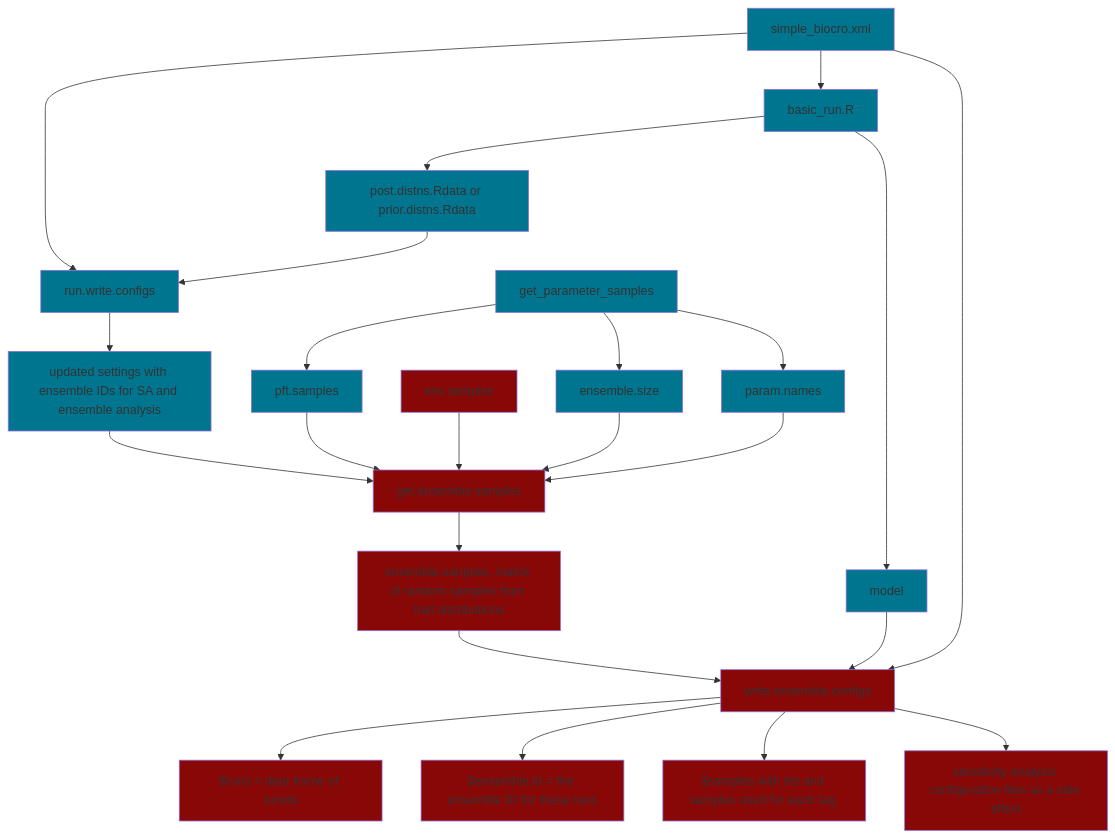
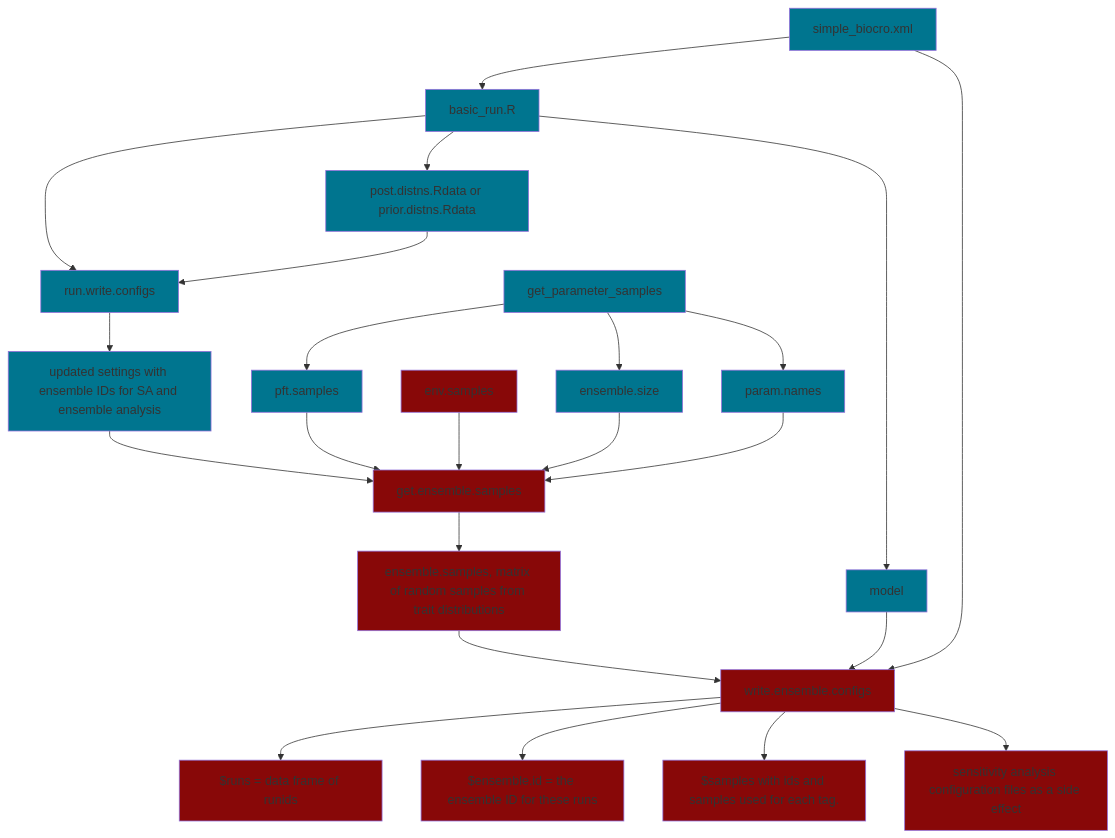
The diagram in README.md (ecamo19/gsoc_project_2022_vm), drawn with Mermaid before and after one commit.

````diff
--- a/README.md
+++ b/README.md
@@ -47,60 +47,60 @@
 ```mermaid
   graph TD;
-      simple_biocro.xml-->run.write.configs;
+      
       simple_biocro.xml-->basic_run.R;
       
-      
+      basic_run.R-->run.write.configs;
       basic_run.R-->posterior.files[post.distns.Rdata or prior.distns.Rdata];
       basic_run.R-->model;
       
       posterior.files[post.distns.Rdata or prior.distns.Rdata]-->run.write.configs;
       run.write.configs-->output_1[updated settings with ensemble IDs for SA and ensemble analysis ];
       output_1[updated settings with ensemble IDs for SA and ensemble analysis]-->get.ensemble.samples;
       
       input_get_ensemble_1[pft.samples]-->get.ensemble.samples;
       input_get_ensemble_2[env.samples]-->get.ensemble.samples;
       input_get_ensemble_3[ensemble.size]-->get.ensemble.samples;
       input_get_ensemble_4[param.names]-->get.ensemble.samples;
       
       get_parameter_samples-->input_get_ensemble_1[pft.samples];  
       get_parameter_samples-->input_get_ensemble_3[ensemble.size];
       get_parameter_samples-->input_get_ensemble_4[param.names];
       
       get.ensemble.samples-->output_get_ensemble[ensemble.samples, matrix of random samples from trait distributions];
       
       output_get_ensemble[ensemble.samples, matrix of random samples from trait distributions]-->write.ensemble.configs;
       model-->write.ensemble.configs;
       simple_biocro.xml-->write.ensemble.configs;
       
       write.ensemble.configs-->output_write_ensemble_1[$runs = data frame of runids];
       write.ensemble.configs-->output_write_ensemble_2[$ensemble.id = the ensemble ID for these runs];
       write.ensemble.configs-->output_write_ensemble_3[$samples with ids and samples used for each tag.];
       write.ensemble.configs-->output_write_ensemble_4[sensitivity analysis configuration files as a side effect];
       
       %% Blue color boxes
       
       style get_parameter_samples fill:#00758f
       style basic_run.R fill:#00758f
       style output_1 fill:#00758f
       style run.write.configs fill:#00758f
       style simple_biocro.xml fill:#00758f
       style posterior.files fill:#00758f
       style input_get_ensemble_1 fill:#00758f
       
       style input_get_ensemble_3 fill:#00758f
       style input_get_ensemble_4 fill:#00758f
       style model fill:#00758f 
       
       %% Red color boxes  
       
       style input_get_ensemble_2 fill:#880808
       style get.ensemble.samples fill:#880808
       style output_get_ensemble  fill:#880808 
       
       style write.ensemble.configs fill:#880808
       style output_write_ensemble_1 fill:#880808
       style output_write_ensemble_2 fill:#880808
       style output_write_ensemble_3 fill:#880808
       style output_write_ensemble_4 fill:#880808
       
 ```
````
